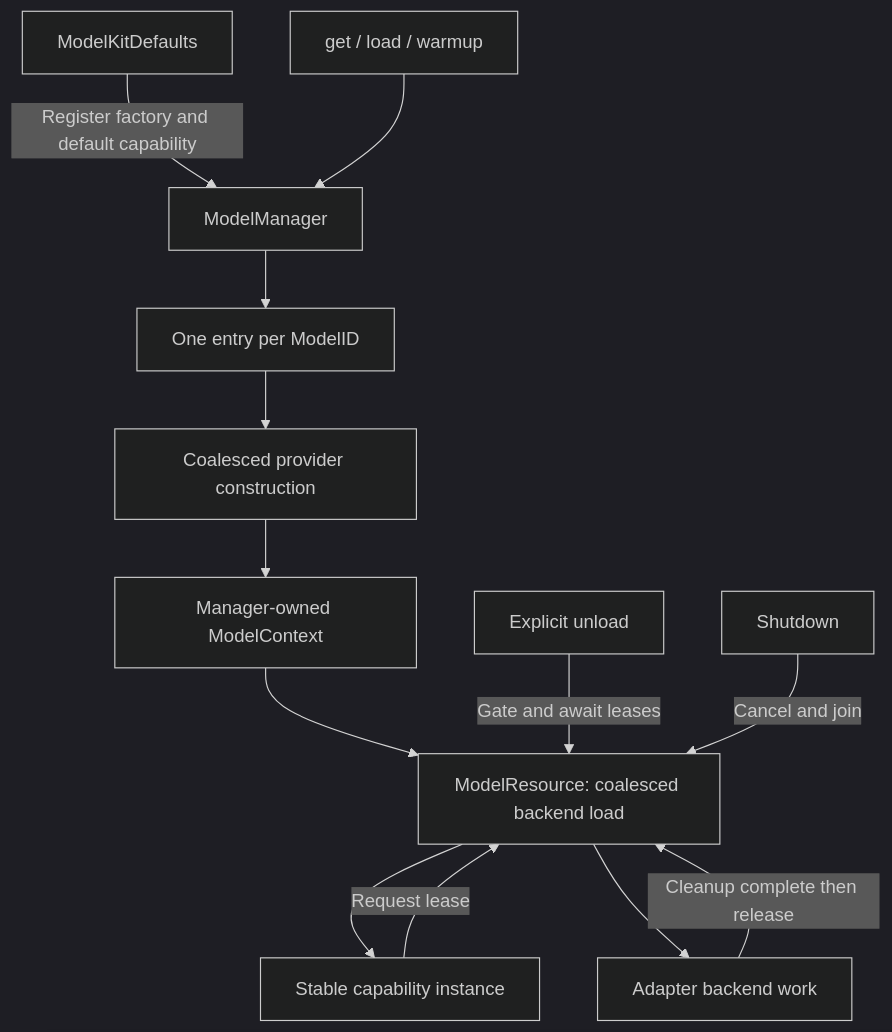
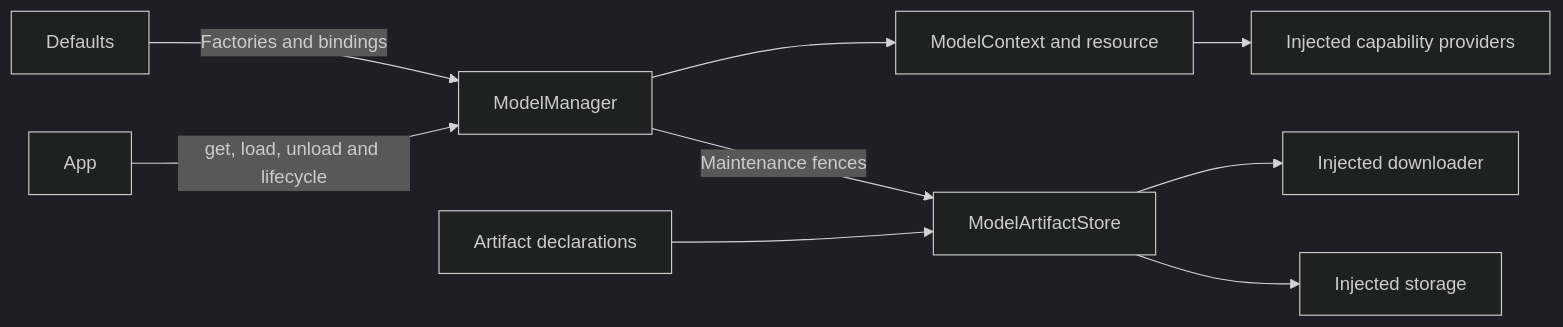
One commit to devilyouwei/MobileHarness changed the diagram in MobileHarness/ModelKit/Management/README.md. Above: the diagram before and after it, drawn with Mermaid (dark theme). The commit also changed other lines of this file and 116 other files, not shown here.

````diff
--- a/MobileHarness/ModelKit/Management/README.md
+++ b/MobileHarness/ModelKit/Management/README.md
@@ -24,15 +15,11 @@
 ```mermaid
-flowchart TD
-    Defaults[ModelKitDefaults] -->|Register factory and default capability| Manager[ModelManager]
-    Get[get / load / warmup] --> Manager
-    Manager --> Entry[One entry per ModelID]
-    Entry --> Factory[Coalesced provider construction]
-    Factory --> Context[Manager-owned ModelContext]
-    Context --> Resource[ModelResource: coalesced backend load]
-    Resource --> Provider[Stable capability instance]
-    Provider -->|Request lease| Resource
-    Resource --> Backend[Adapter backend work]
-    Backend -->|Cleanup complete then release| Resource
-    Unload[Explicit unload] -->|Gate and await leases| Resource
-    Shutdown[Shutdown] -->|Cancel and join| Resource
+flowchart LR
+ Defaults -->|Factories and bindings| Manager[ModelManager]
+ App -->|get, load, unload and lifecycle| Manager
+ Manager --> Context[ModelContext and resource]
+ Context --> Providers[Injected capability providers]
+ Catalog[Artifact declarations] --> Artifacts[ModelArtifactStore]
+ Artifacts --> Downloader[Injected downloader]
+ Artifacts --> Storage[Injected storage]
+ Manager -->|Maintenance fences| Artifacts
 ```
````
